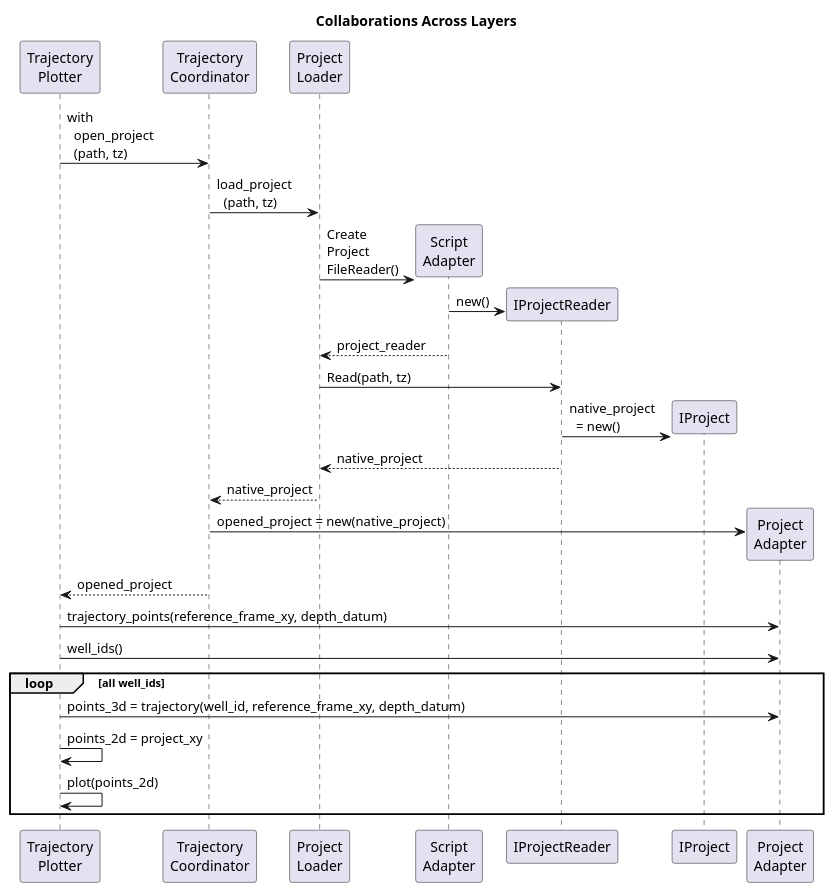
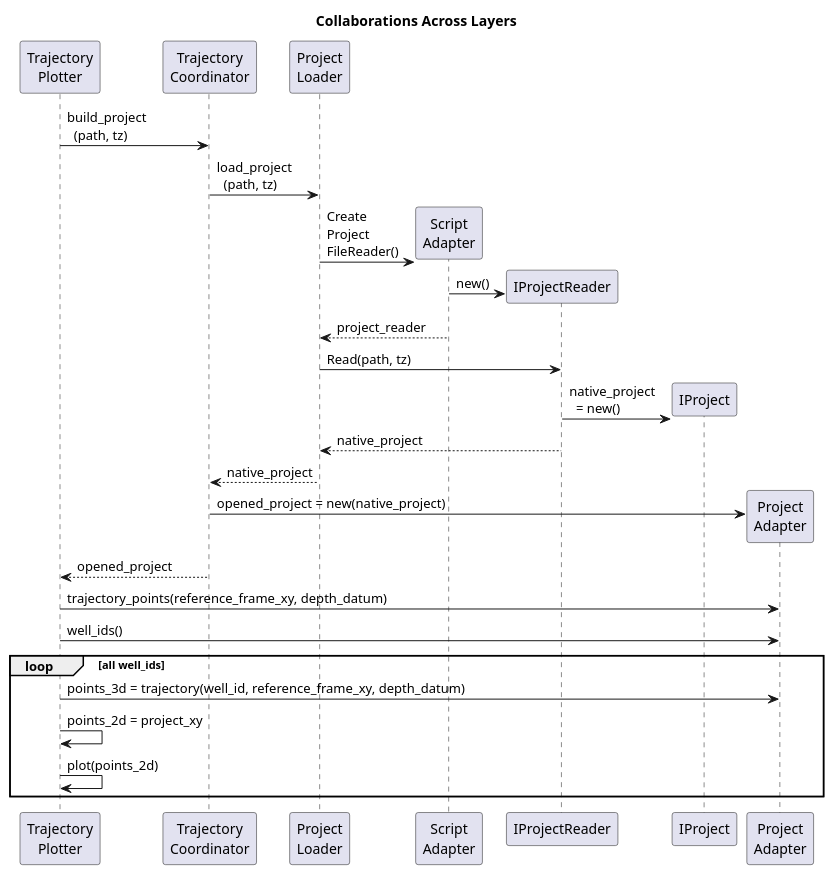
Before and after one commit to Reveal-Energy-Services/orchid-python-api: the diagram in docs_dev/layer-collaboration.puml, drawn with PlantUML. The commit also changed 4 other files, not shown here.

```diff
--- a/docs_dev/layer-collaboration.puml
+++ b/docs_dev/layer-collaboration.puml
@@ -1,36 +1,36 @@
 @startuml
 
 title Collaborations Across Layers
 
 participant "Trajectory\nPlotter" as tp
 participant "Trajectory\nCoordinator" as tc
 participant "Project\nLoader" as pl
 participant "Script\nAdapter" as sa
 participant IProjectReader
 participant IProject
 participant "Project\nAdapter" as pa
 
-tp -> tc: with\n  open_project\n  (path, tz)
+tp -> tc: build_project\n  (path, tz)
 tc -> pl: load_project\n  (path, tz)
 create sa
 pl -> sa: Create\nProject\nFileReader()
 create IProjectReader
 sa -> IProjectReader : new()
 sa --> pl : project_reader
 pl -> IProjectReader: Read(path, tz)
 create IProject
 IProjectReader -> IProject : native_project\n  = new()
 IProjectReader --> pl : native_project
 pl --> tc : native_project
 create pa
 tc -> pa: opened_project = new(native_project)
 tc --> tp : opened_project
 tp -> pa : trajectory_points(reference_frame_xy, depth_datum)
 tp -> pa : well_ids()
 loop all well_ids
     tp -> pa : points_3d = trajectory(well_id, reference_frame_xy, depth_datum)
     tp -> tp: points_2d = project_xy
     tp -> tp : plot(points_2d)
 end loop
 
 @enduml
```
